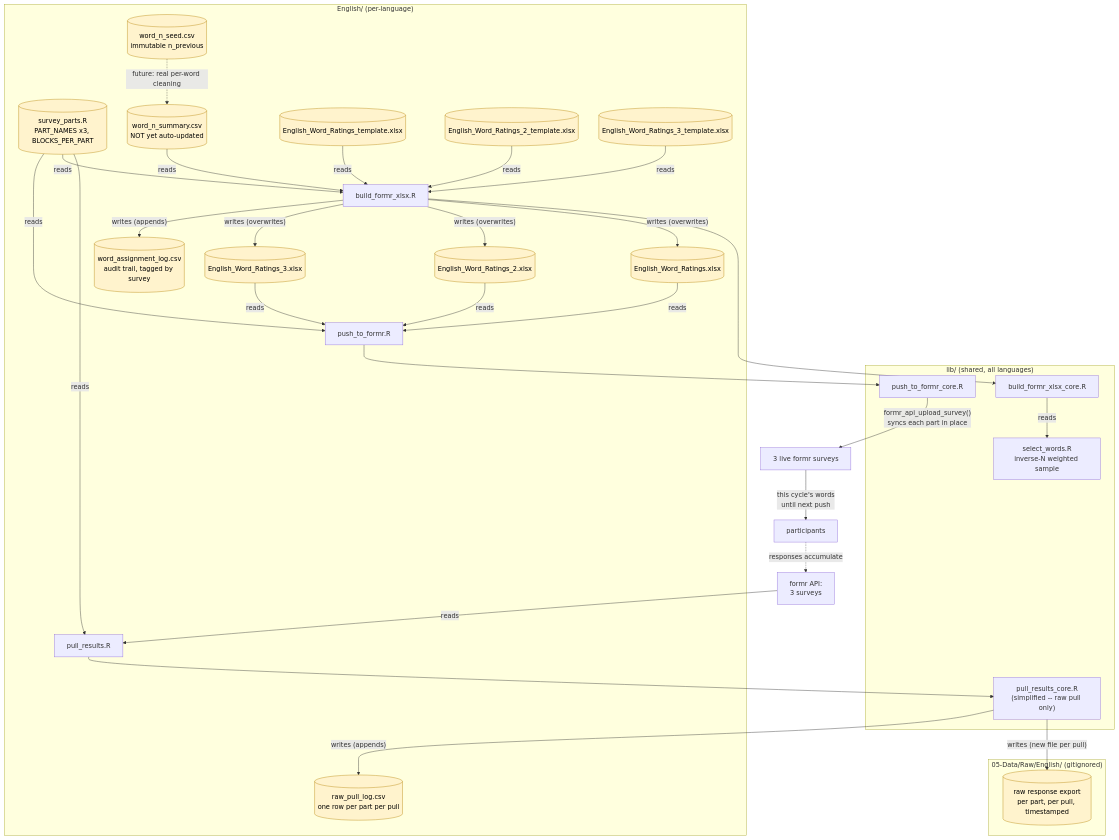
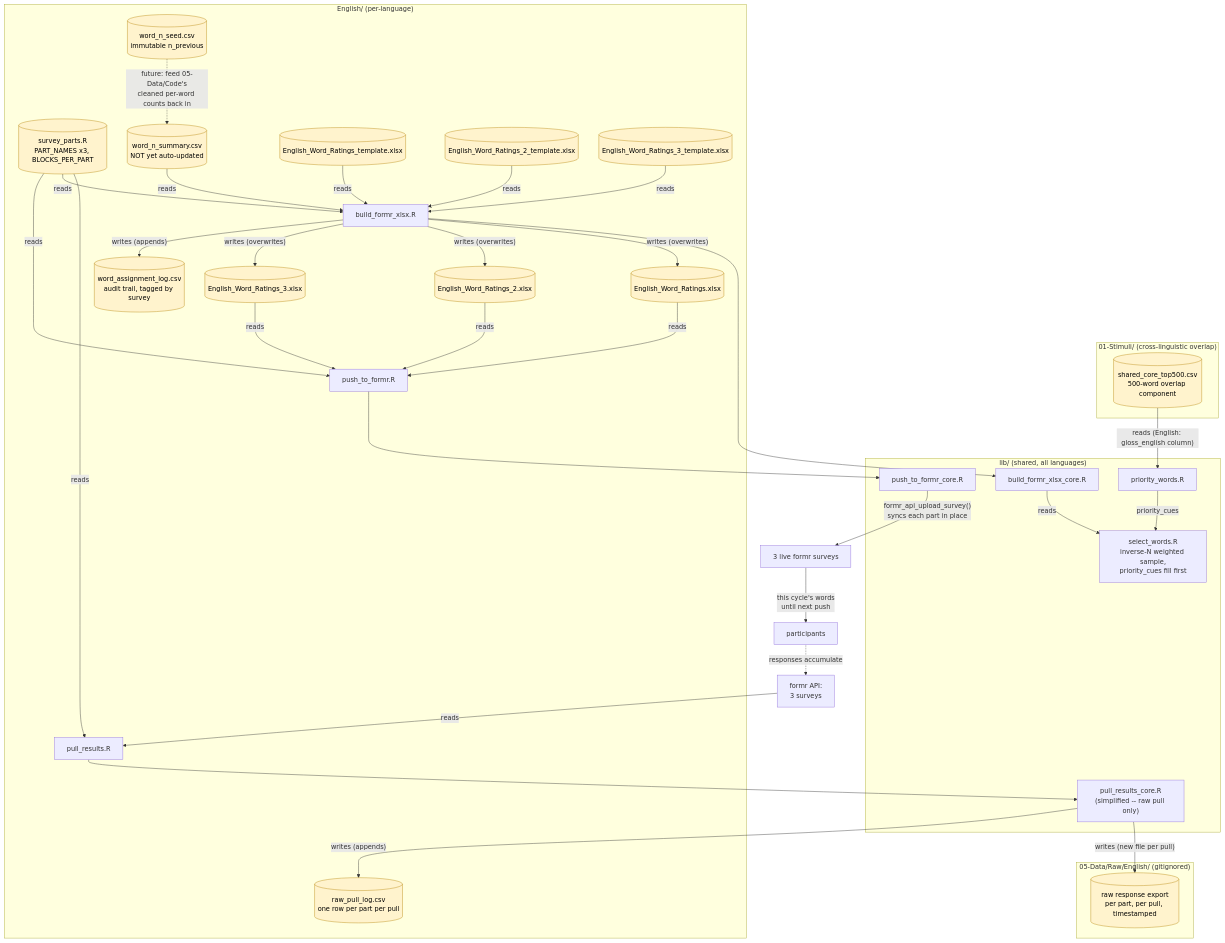
The diagram in 02-Task/English/README.md (many-languages/ManyUses), drawn with Mermaid before and after one commit. The commit also changed other lines of this file and 9 other files, not shown here.

First line of the commit message:
Bias word selection toward the 500-word cross-linguistic overlap set

````diff
--- a/02-Task/English/README.md
+++ b/02-Task/English/README.md
@@ -55,53 +71,60 @@
 ```mermaid
 flowchart TD
     subgraph shared["lib/ (shared, all languages)"]
-        selwords["select_words.R\ninverse-N weighted sample"]
+        selwords["select_words.R\ninverse-N weighted sample,\npriority_cues fill first"]
+        priowords["priority_words.R"]
         buildcore["build_formr_xlsx_core.R"]
         pushcore["push_to_formr_core.R"]
         pullcore["pull_results_core.R\n(simplified -- raw pull only)"]
+    end
+
+    subgraph core500["01-Stimuli/ (cross-linguistic overlap)"]
+        shared500[("shared_core_top500.csv\n500-word overlap component")]
     end
 
     subgraph eng["English/ (per-language)"]
         parts[("survey_parts.R\nPART_NAMES x3, BLOCKS_PER_PART")]
         pull["pull_results.R"]
         build["build_formr_xlsx.R"]
         push["push_to_formr.R"]
         wnseed[("word_n_seed.csv\nimmutable n_previous")]
         wnsum[("word_n_summary.csv\nNOT yet auto-updated")]
         pulllog[("raw_pull_log.csv\none row per part per pull")]
         t1[("English_Word_Ratings_template.xlsx")]
         t2[("English_Word_Ratings_2_template.xlsx")]
         t3[("English_Word_Ratings_3_template.xlsx")]
         r1[("English_Word_Ratings.xlsx")]
         r2[("English_Word_Ratings_2.xlsx")]
         r3[("English_Word_Ratings_3.xlsx")]
         log[("word_assignment_log.csv\naudit trail, tagged by survey")]
     end
 
     subgraph data["05-Data/Raw/English/ (gitignored)"]
         rawcsv[("raw response export\nper part, per pull, timestamped")]
     end
 
     formrapi["formr API:\n3 surveys"] -->|"reads"| pull
     parts -->|"reads"| pull
     pull --> pullcore
     pullcore -->|"writes (new file per pull)"| rawcsv
     pullcore -->|"writes (appends)"| pulllog
-    wnseed -.->|"future: real per-word cleaning"| wnsum
+    wnseed -.->|"future: feed 05-Data/Code's\ncleaned per-word counts back in"| wnsum
     wnsum -->|"reads"| build
     parts -->|"reads"| build
     build --> buildcore
     buildcore -->|"reads"| selwords
+    shared500 -->|"reads (English: gloss_english column)"| priowords
+    priowords -->|"priority_cues"| selwords
     t1 & t2 & t3 -->|"reads"| build
     build -->|"writes (overwrites)"| r1 & r2 & r3
     build -->|"writes (appends)"| log
     r1 & r2 & r3 -->|"reads"| push
     parts -->|"reads"| push
     push --> pushcore
     pushcore -->|"formr_api_upload_survey()\nsyncs each part in place"| formrstudy["3 live formr surveys"]
     formrstudy -->|"this cycle's words\nuntil next push"| participants["participants"]
     participants -.->|"responses accumulate"| formrapi
 
     classDef fileNode fill:#fff3cd,stroke:#b8860b,color:#000
-    class wnseed,wnsum,pulllog,t1,t2,t3,r1,r2,r3,log,rawcsv,parts fileNode
+    class wnseed,wnsum,pulllog,t1,t2,t3,r1,r2,r3,log,rawcsv,parts,shared500 fileNode
 ```
````
